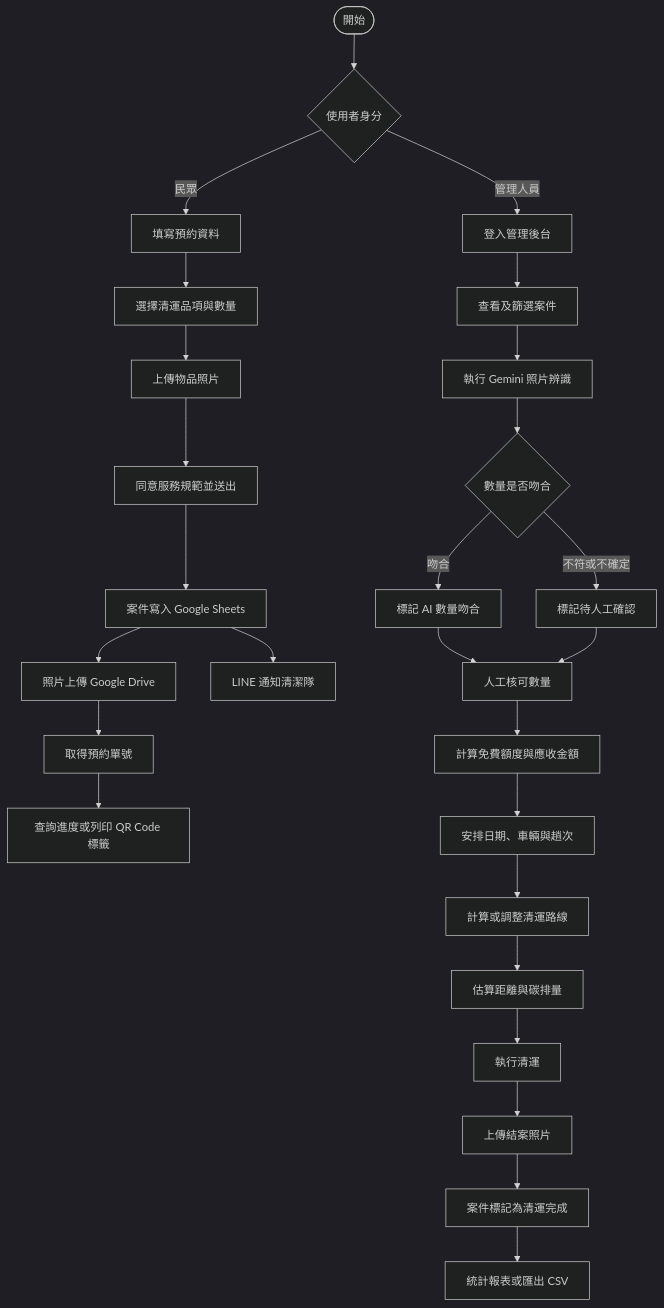
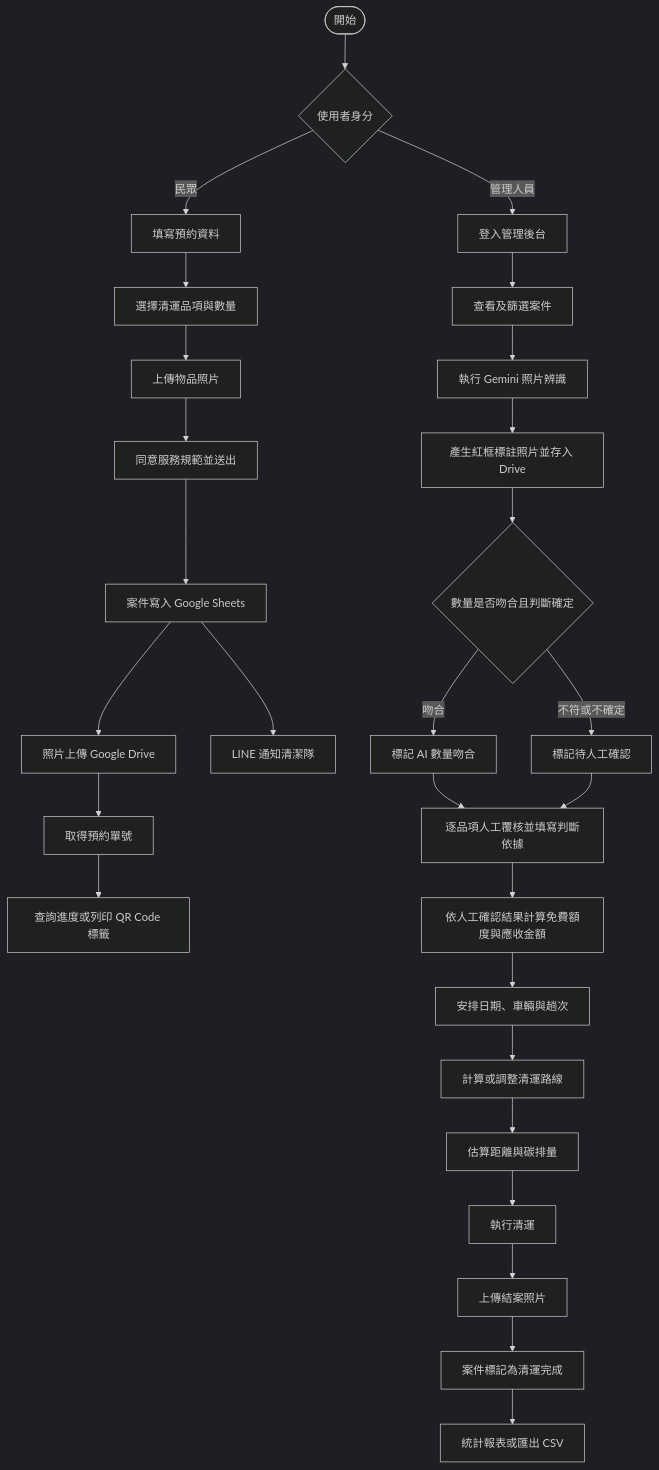
The diagram in README.md (sanyi246751/Miaoli), drawn with Mermaid (dark theme) before and after one commit. The commit also changed other lines of this file and 1 other file, not shown here.

````diff
--- a/README.md
+++ b/README.md
@@ -134,31 +262,32 @@
 ```mermaid
 flowchart TD
     A([開始]) --> B{使用者身分}
 
     B -->|民眾| C[填寫預約資料]
     C --> D[選擇清運品項與數量]
     D --> E[上傳物品照片]
     E --> F[同意服務規範並送出]
     F --> G[案件寫入 Google Sheets]
     G --> H[照片上傳 Google Drive]
     G --> I[LINE 通知清潔隊]
     H --> J[取得預約單號]
     J --> K[查詢進度或列印 QR Code 標籤]
 
     B -->|管理人員| L[登入管理後台]
     L --> M[查看及篩選案件]
     M --> N[執行 Gemini 照片辨識]
-    N --> O{數量是否吻合}
+    N --> AA[產生紅框標註照片並存入 Drive]
+    AA --> O{數量是否吻合且判斷確定}
     O -->|吻合| P[標記 AI 數量吻合]
     O -->|不符或不確定| Q[標記待人工確認]
-    P --> R[人工核可數量]
+    P --> R[逐品項人工覆核並填寫判斷依據]
     Q --> R
-    R --> S[計算免費額度與應收金額]
+    R --> S[依人工確認結果計算免費額度與應收金額]
     S --> T[安排日期、車輛與趟次]
     T --> U[計算或調整清運路線]
     U --> V[估算距離與碳排量]
     V --> W[執行清運]
     W --> X[上傳結案照片]
     X --> Y[案件標記為清運完成]
     Y --> Z[統計報表或匯出 CSV]
 ```
````
